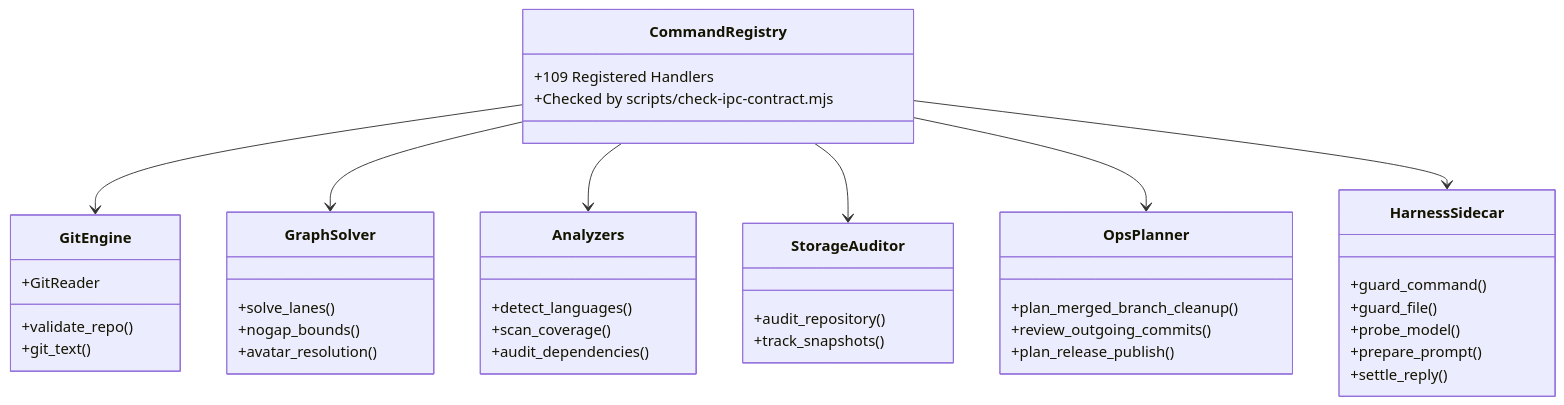
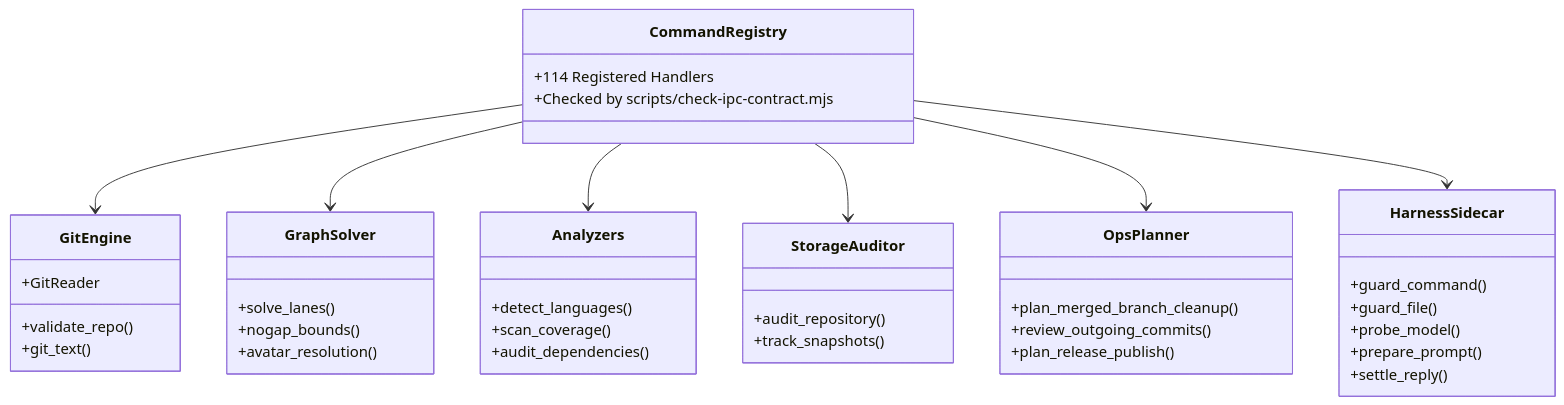
The third of 4 diagrams in docs/ARCHITECTURE.md (bharathvbcr/GitPulse), drawn with Mermaid before and after one commit. The commit also changed other lines of this file and 19 other files, not shown here.

````diff
--- a/docs/ARCHITECTURE.md
+++ b/docs/ARCHITECTURE.md
@@ -96,45 +96,45 @@
 ```mermaid
 classDiagram
     class CommandRegistry {
-        +109 Registered Handlers
+        +114 Registered Handlers
         +Checked by scripts/check-ipc-contract.mjs
     }
     class GitEngine {
         +validate_repo()
         +git_text()
         +GitReader
     }
     class GraphSolver {
         +solve_lanes()
         +nogap_bounds()
         +avatar_resolution()
     }
     class Analyzers {
         +detect_languages()
         +scan_coverage()
         +audit_dependencies()
     }
     class StorageAuditor {
         +audit_repository()
         +track_snapshots()
     }
     class OpsPlanner {
         +plan_merged_branch_cleanup()
         +review_outgoing_commits()
         +plan_release_publish()
     }
     class HarnessSidecar {
         +guard_command()
         +guard_file()
         +probe_model()
         +prepare_prompt()
         +settle_reply()
     }
 
     CommandRegistry --> GitEngine
     CommandRegistry --> GraphSolver
     CommandRegistry --> Analyzers
     CommandRegistry --> StorageAuditor
     CommandRegistry --> OpsPlanner
     CommandRegistry --> HarnessSidecar
 ```
````
